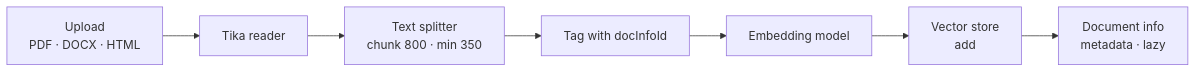
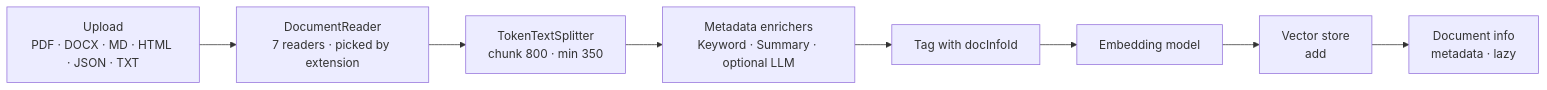
One commit to spring-ai-community/spring-ai-playground changed the sixth of 9 diagrams in docs/architecture.md. Above: the diagram before and after it, drawn with Mermaid. The commit also changed other lines of this file and 52 other files, not shown here.

````diff
--- a/docs/architecture.md
+++ b/docs/architecture.md
@@ -242,13 +244,14 @@
 ```mermaid
 flowchart LR
-    UP["Upload<br/>PDF · DOCX · HTML"]
-    TIKA["Tika reader"]
-    SPLIT["Text splitter<br/>chunk 800 · min 350"]
+    UP["Upload<br/>PDF · DOCX · MD · HTML · JSON · TXT"]
+    READ["DocumentReader<br/>7 readers · picked by extension"]
+    SPLIT["TokenTextSplitter<br/>chunk 800 · min 350"]
+    ENRICH["Metadata enrichers<br/>Keyword · Summary · optional LLM"]
     TAG["Tag with docInfoId"]
     EMBED["Embedding model"]
     STORE["Vector store<br/>add"]
     DI["Document info<br/>metadata · lazy"]
 
-    UP --> TIKA --> SPLIT --> TAG --> EMBED --> STORE
+    UP --> READ --> SPLIT --> ENRICH --> TAG --> EMBED --> STORE
     STORE --> DI
 ```
````
